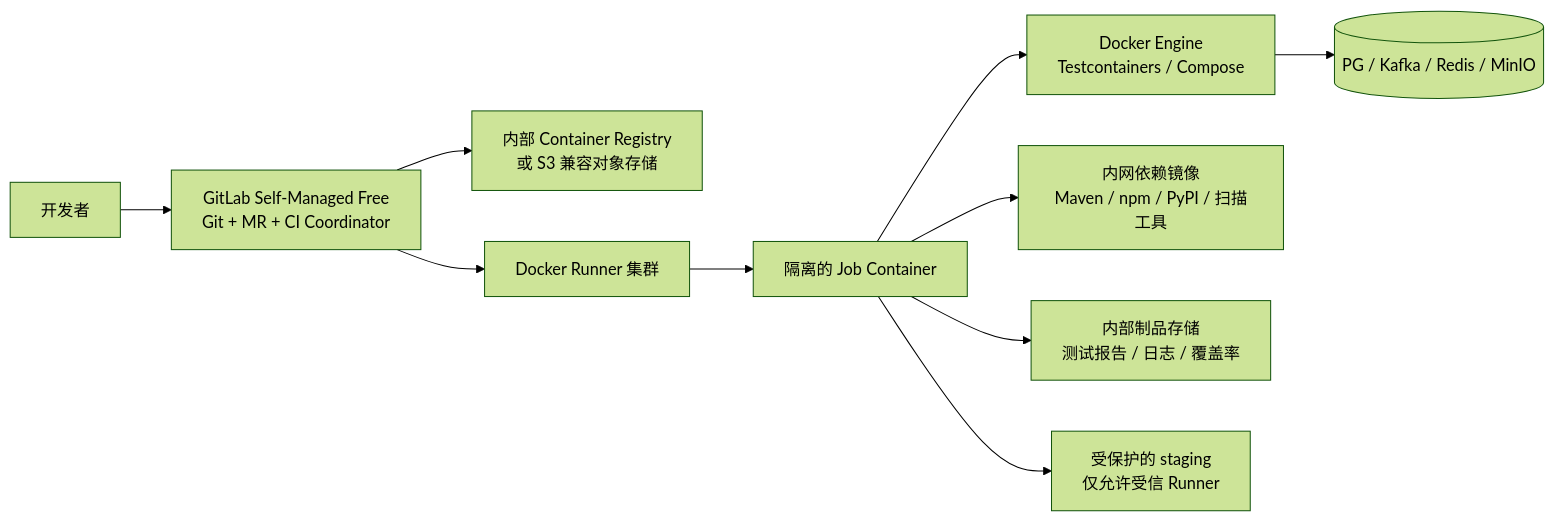
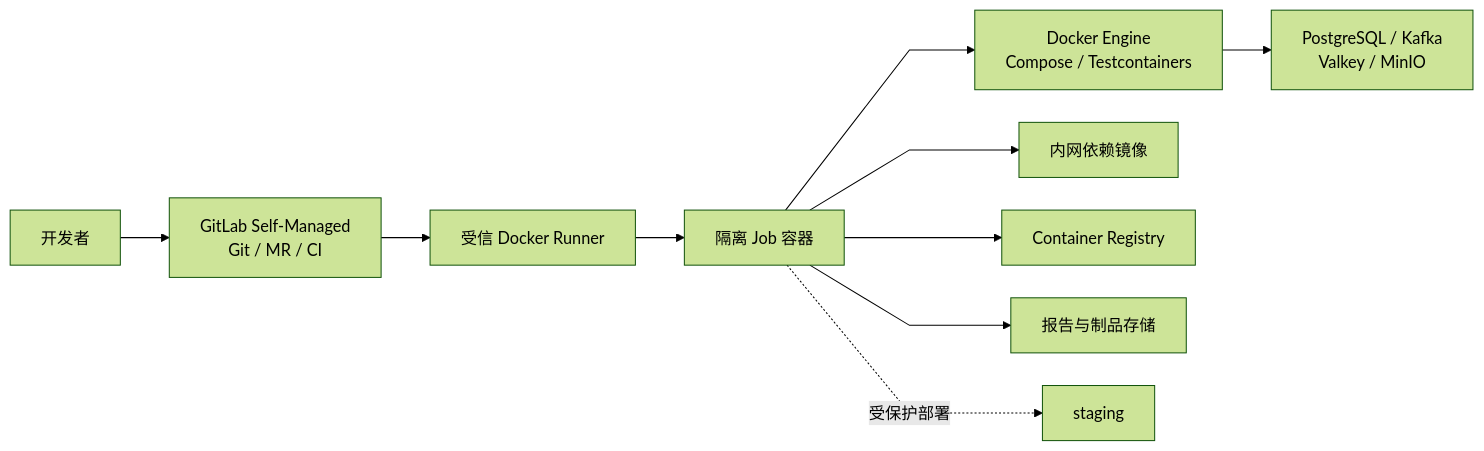
The diagram in docs/runbook/gitlab-self-managed-migration.md (pinpols/file-batch-system), drawn with Mermaid (forest theme) before and after one commit. The commit also changed 5032 other files, not shown here.

````diff
--- a/docs/runbook/gitlab-self-managed-migration.md
+++ b/docs/runbook/gitlab-self-managed-migration.md
@@ -21,12 +21,13 @@
 ```mermaid
+%%{init: {"flowchart":{"curve":"linear","nodeSpacing":32,"rankSpacing":48},"sequence":{"mirrorActors":false}}}%%
 flowchart LR
-    DEV[开发者] --> GL[GitLab Self-Managed Free\nGit + MR + CI Coordinator]
-    GL --> REG[内部 Container Registry\n或 S3 兼容对象存储]
-    GL --> RUNNER[Docker Runner 集群]
-    RUNNER --> JOB[隔离的 Job Container]
-    JOB --> DOCKER[Docker Engine\nTestcontainers / Compose]
-    DOCKER --> DEPS[(PG / Kafka / Redis / MinIO)]
-    JOB --> MIRROR[内网依赖镜像\nMaven / npm / PyPI / 扫描工具]
-    JOB --> ARTIFACT[内部制品存储\n测试报告 / 日志 / 覆盖率]
-    JOB --> STAGING[受保护的 staging\n仅允许受信 Runner]
+  DEV["开发者"] --> GL["GitLab Self-Managed<br/>Git / MR / CI"]
+  GL --> RUNNER["受信 Docker Runner"]
+  RUNNER --> JOB["隔离 Job 容器"]
+  JOB --> ENGINE["Docker Engine<br/>Compose / Testcontainers"]
+  ENGINE --> DEPS["PostgreSQL / Kafka<br/>Valkey / MinIO"]
+  JOB --> MIRROR["内网依赖镜像"]
+  JOB --> REG["Container Registry"]
+  JOB --> ART["报告与制品存储"]
+  JOB -. "受保护部署" .-> STG["staging"]
 ```
````
